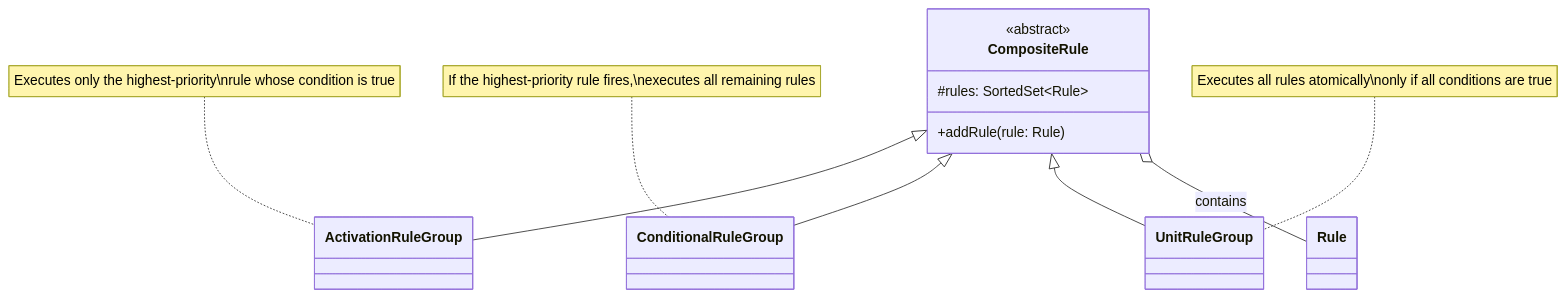
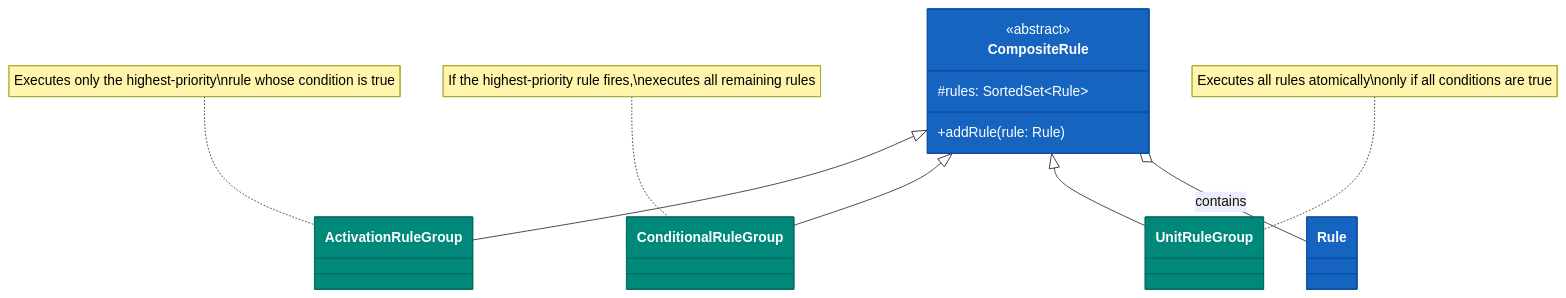
The fourth of 8 diagrams in utils/rule-engine/README.md (bluetape4k/bluetape4k-projects), drawn with Mermaid before and after one commit. The commit also changed other lines of this file and 221 other files, not shown here.

First line of the commit message:
docs: 전체 모듈 README UML 다이어그램 보강 및 색상 업그레이드

````diff
--- a/utils/rule-engine/README.md
+++ b/utils/rule-engine/README.md
@@ -144,24 +168,30 @@
 ```mermaid
 classDiagram
     class CompositeRule {
         <<abstract>>
         #rules: SortedSet~Rule~
         +addRule(rule: Rule)
     }
 
     class ActivationRuleGroup {
     }
     note for ActivationRuleGroup "Executes only the highest-priority\nrule whose condition is true"
 
     class ConditionalRuleGroup {
     }
     note for ConditionalRuleGroup "If the highest-priority rule fires,\nexecutes all remaining rules"
 
     class UnitRuleGroup {
     }
     note for UnitRuleGroup "Executes all rules atomically\nonly if all conditions are true"
     CompositeRule <|-- ActivationRuleGroup
     CompositeRule <|-- ConditionalRuleGroup
     CompositeRule <|-- UnitRuleGroup
     CompositeRule o-- Rule: contains
+
+    style CompositeRule fill:#1565C0,stroke:#0D47A1,color:#FFFFFF
+    style ActivationRuleGroup fill:#00897B,stroke:#00695C,color:#FFFFFF
+    style ConditionalRuleGroup fill:#00897B,stroke:#00695C,color:#FFFFFF
+    style UnitRuleGroup fill:#00897B,stroke:#00695C,color:#FFFFFF
+    style Rule fill:#1565C0,stroke:#0D47A1,color:#FFFFFF
 ```
````
